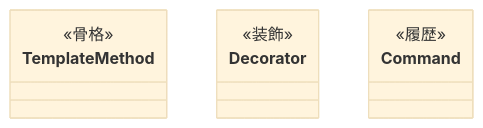
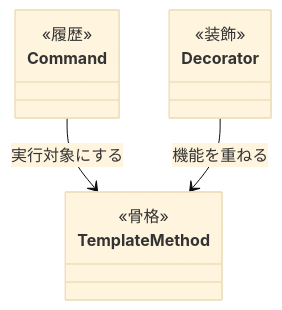
The seventh of 7 diagrams in kindle/design-patterns/output/chapter11.md (kumachan1101-pixel/DesignPattern), drawn with Mermaid (base theme) before and after one commit. The commit also changed 7 other files, not shown here.

Commit message:
fix: クラス図の関係性を明確化

````diff
--- a/kindle/design-patterns/output/chapter11.md
+++ b/kindle/design-patterns/output/chapter11.md
@@ -1538,6 +1538,8 @@
 ```mermaid
 classDiagram
     class TemplateMethod { <<骨格>> }
     class Decorator { <<装飾>> }
     class Command { <<履歴>> }
+    Command --> TemplateMethod : 実行対象にする
+    Decorator --> TemplateMethod : 機能を重ねる
 ```
````
